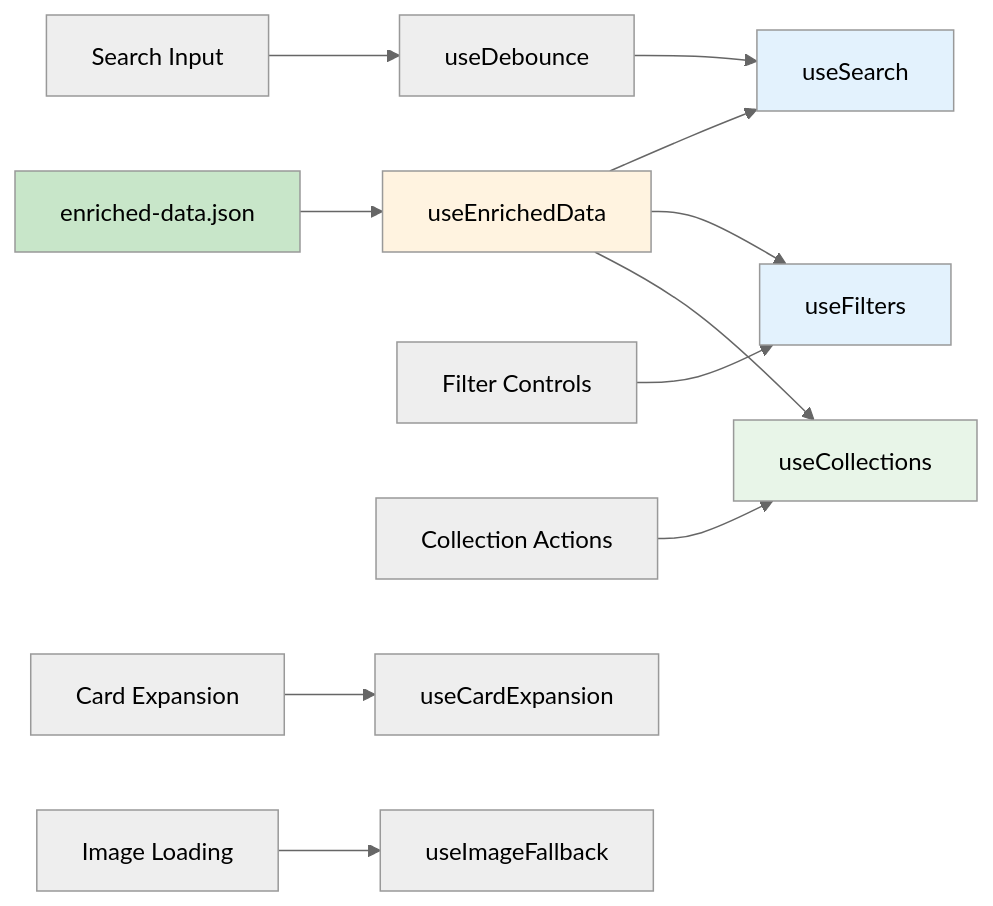
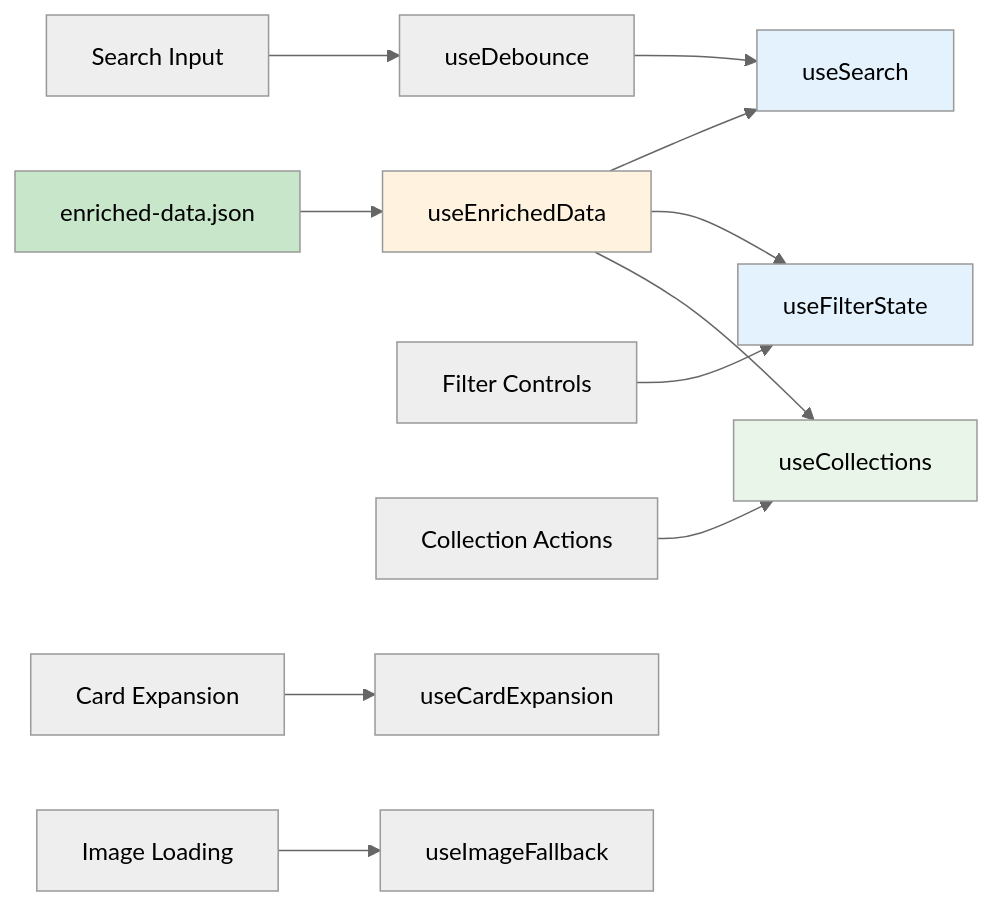
The second of 3 diagrams in docs/frontend architecture.md (AustroMelee/Austros-ATLA-World), drawn with Mermaid (neutral theme) before and after one commit. The commit also changed other lines of this file and 32 other files, not shown here.

````diff
--- a/docs/frontend architecture.md
+++ b/docs/frontend architecture.md
@@ -52,22 +53,22 @@
 ```mermaid
 graph LR
     A[enriched-data.json] --> B[useEnrichedData]
     B --> C[useSearch]
-    B --> D[useFilters]
+    B --> D[useFilterState]
     B --> E[useCollections]
     
     F[Search Input] --> G[useDebounce]
     G --> C
     
     H[Filter Controls] --> D
     I[Collection Actions] --> E
     
     J[Card Expansion] --> K[useCardExpansion]
     L[Image Loading] --> M[useImageFallback]
     
     style A fill:#c8e6c9
     style B fill:#fff3e0
     style C fill:#e3f2fd
     style D fill:#e3f2fd
     style E fill:#e8f5e8
 ```
````
